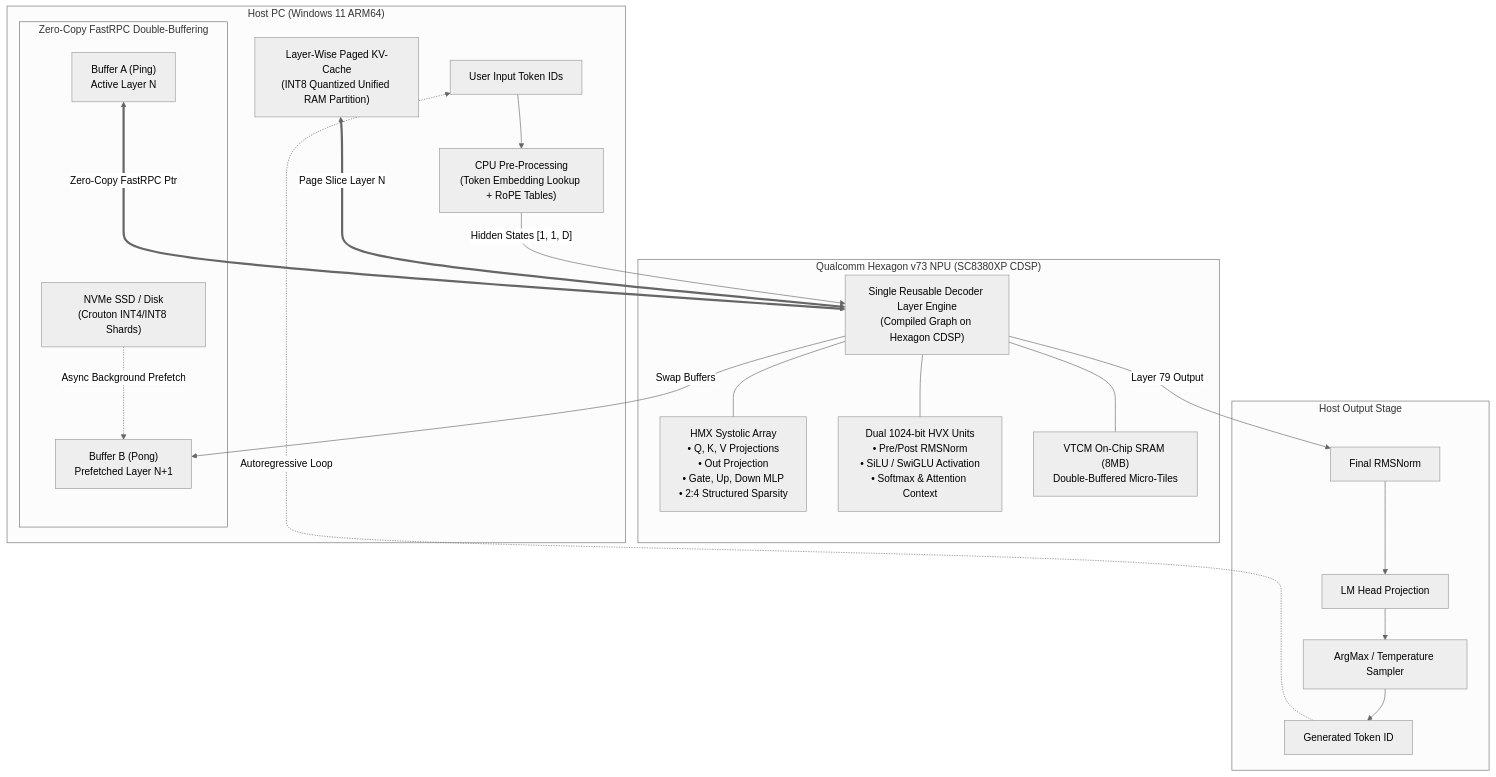
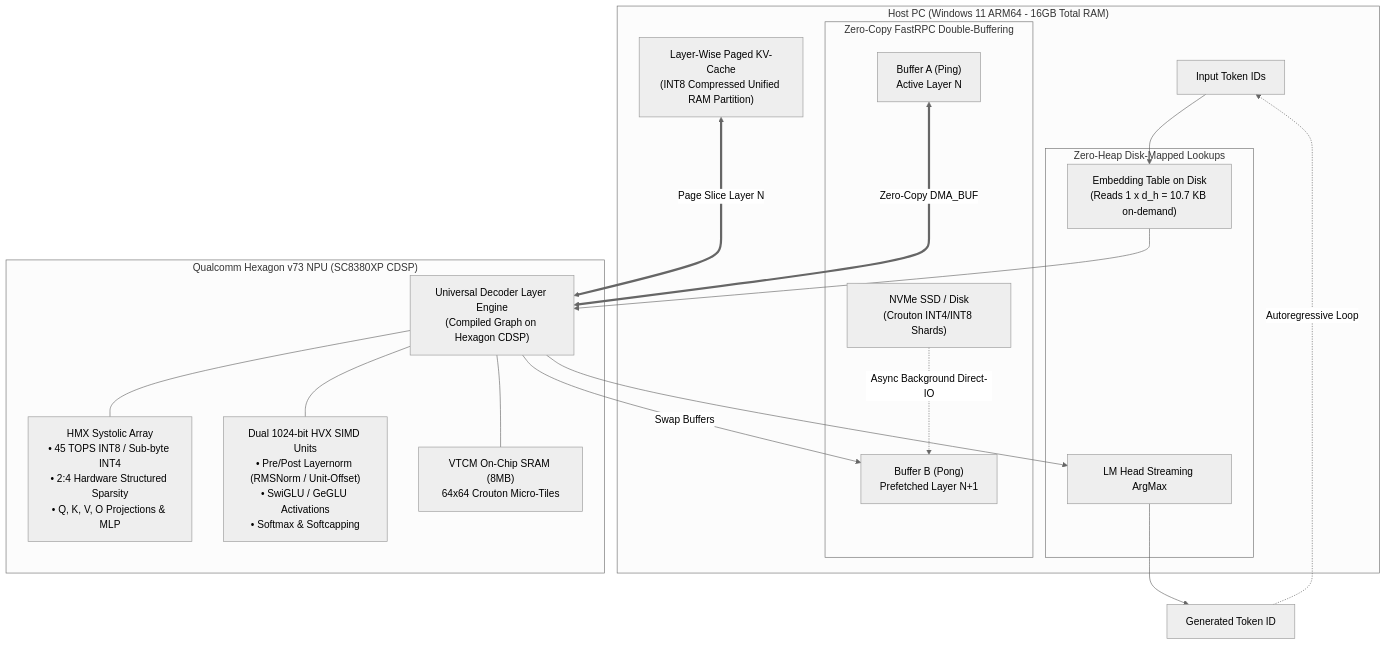
Before and after one commit to Viswanath129/unlocking-the-power-of-npu: the diagram in README.md, drawn with Mermaid (neutral theme). The commit also changed other lines of this file and 9 other files, not shown here.

Commit message:
feat(universal): build universal architecture engine for any model with lowest possible RAM usage

````diff
--- a/README.md
+++ b/README.md
@@ -16,45 +31,39 @@
 ```mermaid
 flowchart TD
-    subgraph Host["Host PC (Windows 11 ARM64)"]
-        TokenIn["User Input Token IDs"]
-        CPU_Pre["CPU Pre-Processing\n(Token Embedding Lookup + RoPE Tables)"]
-        TokenIn --> CPU_Pre
+    subgraph Host["Host PC (Windows 11 ARM64 - 16GB Total RAM)"]
+        TokenIn["Input Token IDs"]
+        
+        subgraph ZeroHeap["Zero-Heap Disk-Mapped Lookups"]
+            EmbedMap["Embedding Table on Disk\n(Reads 1 x d_h = 10.7 KB on-demand)"]
+            LMHeadMap["LM Head Streaming ArgMax"]
+        end
 
         subgraph Streamer["Zero-Copy FastRPC Double-Buffering"]
             Storage["NVMe SSD / Disk\n(Crouton INT4/INT8 Shards)"]
             Ping["Buffer A (Ping)\nActive Layer N"]
             Pong["Buffer B (Pong)\nPrefetched Layer N+1"]
-            Storage -.->|"Async Background Prefetch"| Pong
+            Storage -.->|"Async Background Direct-IO"| Pong
         end
 
-        KVCache["Layer-Wise Paged KV-Cache\n(INT8 Quantized Unified RAM Partition)"]
+        KVCache["Layer-Wise Paged KV-Cache\n(INT8 Compressed Unified RAM Partition)"]
     end
 
     subgraph HexagonNPU["Qualcomm Hexagon v73 NPU (SC8380XP CDSP)"]
-        TemplateLayer["Single Reusable Decoder Layer Engine\n(Compiled Graph on Hexagon CDSP)"]
+        TemplateLayer["Universal Decoder Layer Engine\n(Compiled Graph on Hexagon CDSP)"]
         
-        HMX["HMX Systolic Array\n• Q, K, V Projections\n• Out Projection\n• Gate, Up, Down MLP\n• 2:4 Structured Sparsity"]
-        HVX["Dual 1024-bit HVX Units\n• Pre/Post RMSNorm\n• SiLU / SwiGLU Activation\n• Softmax & Attention Context"]
-        VTCM["VTCM On-Chip SRAM (8MB)\nDouble-Buffered Micro-Tiles"]
+        HMX["HMX Systolic Array\n• 45 TOPS INT8 / Sub-byte INT4\n• 2:4 Hardware Structured Sparsity\n• Q, K, V, O Projections & MLP"]
+        HVX["Dual 1024-bit HVX SIMD Units\n• Pre/Post Layernorm (RMSNorm / Unit-Offset)\n• SwiGLU / GeGLU Activations\n• Softmax & Softcapping"]
+        VTCM["VTCM On-Chip SRAM (8MB)\n64x64 Crouton Micro-Tiles"]
 
         TemplateLayer --- HMX
         TemplateLayer --- HVX
         TemplateLayer --- VTCM
     end
 
-    CPU_Pre -->|"Hidden States [1, 1, D]"| TemplateLayer
-    Ping <===>|"Zero-Copy FastRPC Ptr"| TemplateLayer
+    TokenIn --> EmbedMap --> TemplateLayer
+    Ping <===>|"Zero-Copy DMA_BUF"| TemplateLayer
     KVCache <===>|"Page Slice Layer N"| TemplateLayer
     TemplateLayer -->|"Swap Buffers"| Pong
-
-    subgraph OutputStage["Host Output Stage"]
-        FinalNorm["Final RMSNorm"]
-        LMHead["LM Head Projection"]
-        Sampler["ArgMax / Temperature Sampler"]
-        TokenOut["Generated Token ID"]
-        FinalNorm --> LMHead --> Sampler --> TokenOut
-    end
-
-    TemplateLayer -->|"Layer 79 Output"| FinalNorm
+    TemplateLayer --> LMHeadMap --> TokenOut["Generated Token ID"]
     TokenOut -.->|"Autoregressive Loop"| TokenIn
 ```
````
